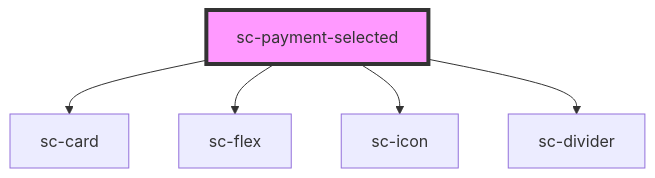
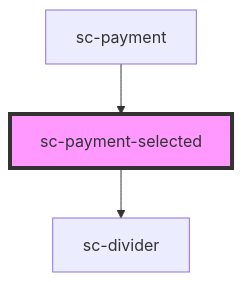
The diagram in packages/components/src/components/ui/payment-selected/readme.md (surecart/surecart-wp-plugin), drawn with Mermaid before and after one commit. The commit also changed other lines of this file and 15 other files, not shown here.

````diff
--- a/packages/components/src/components/ui/payment-selected/readme.md
+++ b/packages/components/src/components/ui/payment-selected/readme.md
@@ -26,8 +34,6 @@
 ```mermaid
 graph TD;
-  sc-payment-selected --> sc-card
-  sc-payment-selected --> sc-flex
-  sc-payment-selected --> sc-icon
   sc-payment-selected --> sc-divider
+  sc-payment --> sc-payment-selected
   style sc-payment-selected fill:#f9f,stroke:#333,stroke-width:4px
 ```
````
